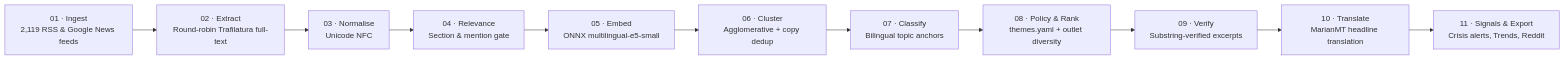
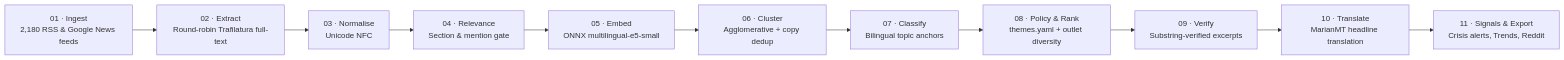
The diagram in README.md (gergkar-gif/argos-monitor), drawn with Mermaid before and after one commit. The commit also changed other lines of this file and 32 other files, not shown here.

````diff
--- a/README.md
+++ b/README.md
@@ -39,13 +39,13 @@
 ```mermaid
 flowchart LR
-    A["01 · Ingest<br/>2,119 RSS & Google News feeds"] --> B["02 · Extract<br/>Round-robin Trafilatura full-text"]
+    A["01 · Ingest<br/>2,180 RSS & Google News feeds"] --> B["02 · Extract<br/>Round-robin Trafilatura full-text"]
     B --> C["03 · Normalise<br/>Unicode NFC"]
     C --> D["04 · Relevance<br/>Section & mention gate"]
     D --> E["05 · Embed<br/>ONNX multilingual-e5-small"]
     E --> F["06 · Cluster<br/>Agglomerative + copy dedup"]
     F --> G["07 · Classify<br/>Bilingual topic anchors"]
     G --> H["08 · Policy & Rank<br/>themes.yaml + outlet diversity"]
     H --> I["09 · Verify<br/>Substring-verified excerpts"]
     I --> J["10 · Translate<br/>MarianMT headline translation"]
     J --> K["11 · Signals & Export<br/>Crisis alerts, Trends, Reddit"]
 ```
````
